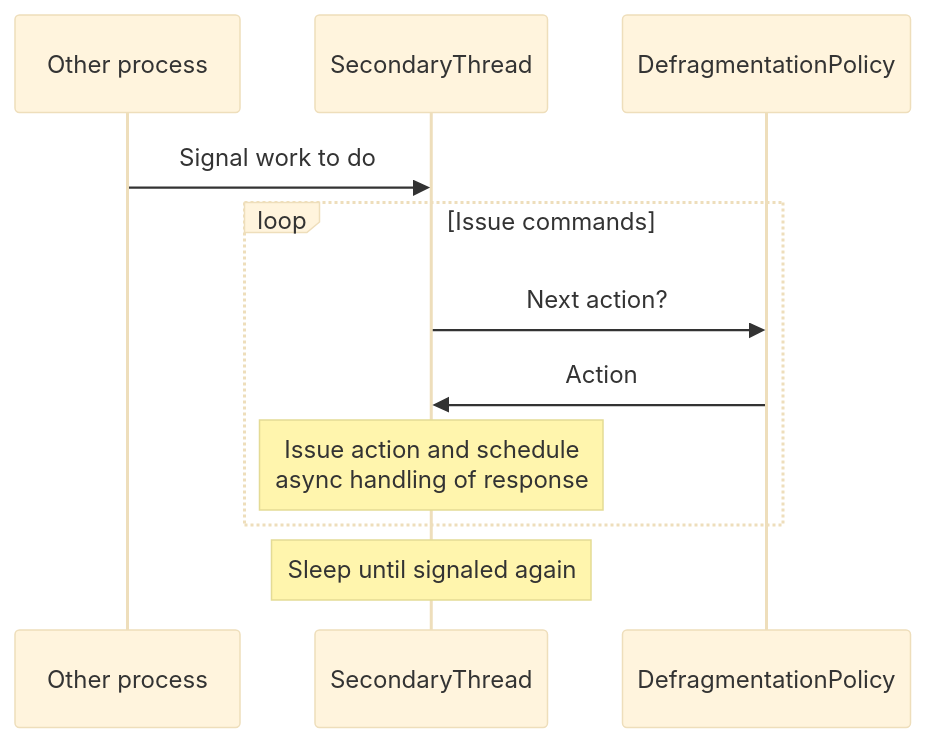
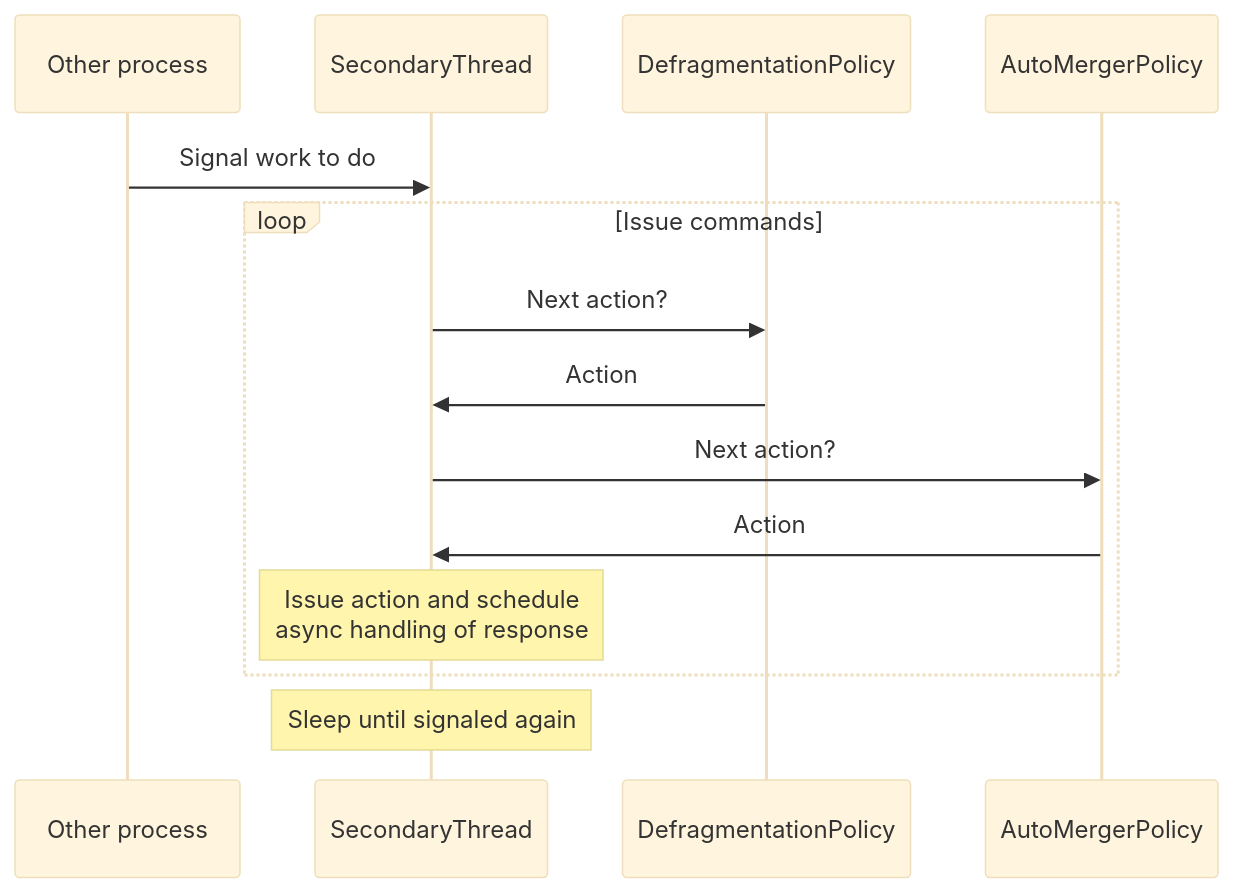
The second of 2 diagrams in mongo/src/mongo/db/s/README_balancer.md (sgtest/megarepo), drawn with Mermaid (base theme) before and after one commit. The commit also changed other lines of this file, not shown here.

First line of the commit message:
mongo: SERVER-71016 add auto-merge to the architecture guide

````diff
--- a/mongo/src/mongo/db/s/README_balancer.md
+++ b/mongo/src/mongo/db/s/README_balancer.md
@@ -37,14 +37,17 @@
 ```mermaid
 sequenceDiagram
 participant p as Other process
 participant s as SecondaryThread
 participant d as DefragmentationPolicy
+participant a as AutoMergerPolicy
 
 p ->> s: Signal work to do
 loop Issue commands
     s ->> d: Next action?
     d ->> s: Action
+    s ->> a: Next action?
+    a ->> s: Action
     note over s: Issue action and schedule<br/> async handling of response
 end
 note over s: Sleep until signaled again
 ```
````
